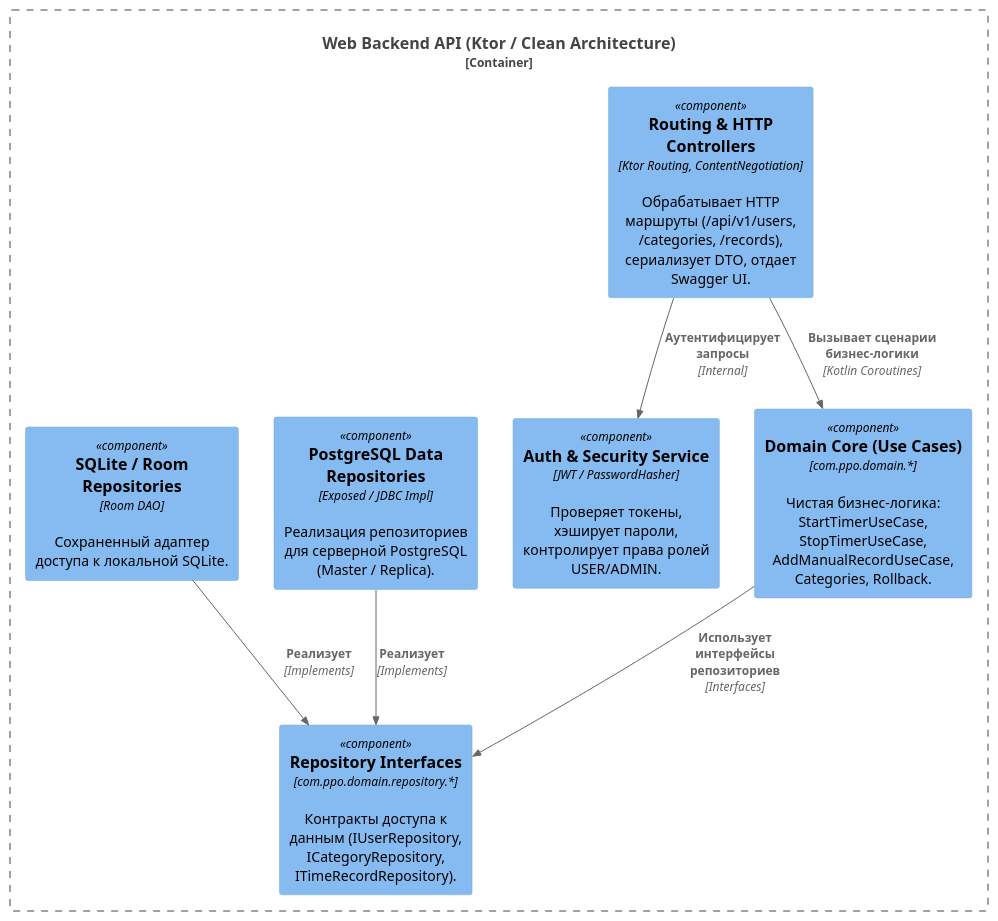
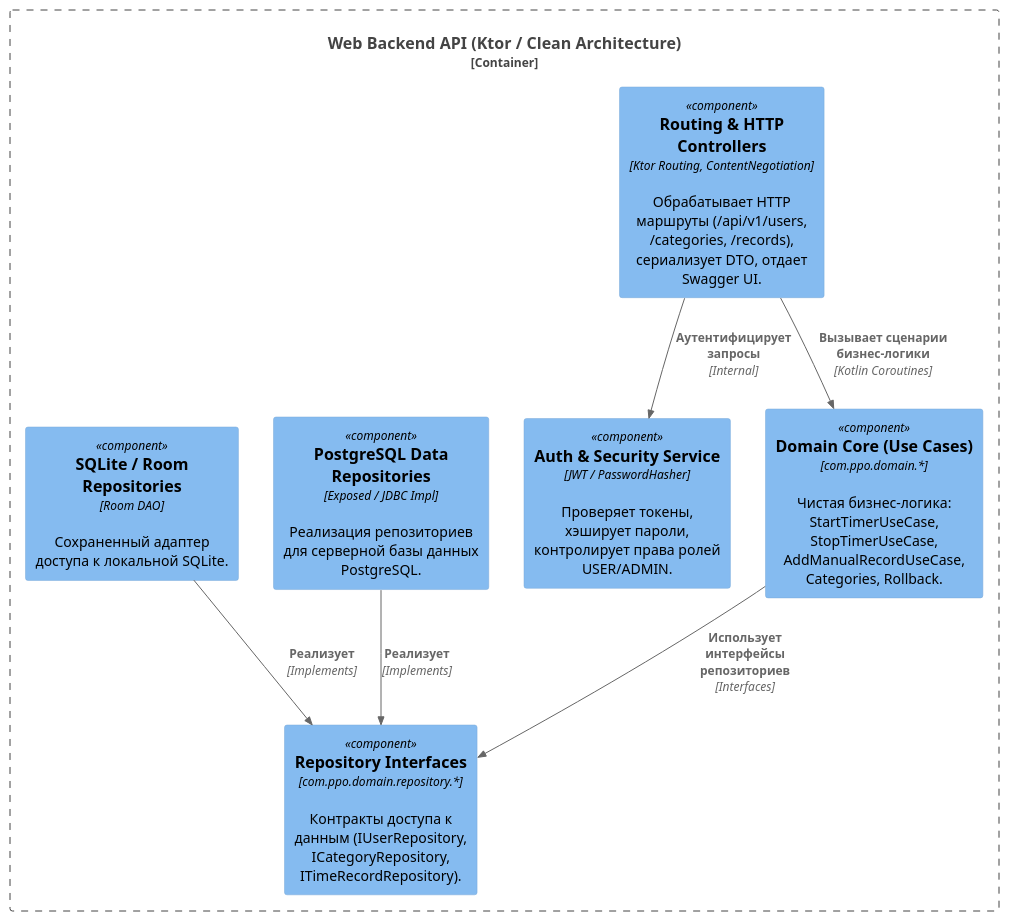
Before and after one commit to da-fuu/IU7_7sem_Web: the diagram in docs/L3_web.puml, drawn with PlantUML. The commit also changed 15 other files, not shown here.

```diff
--- a/docs/L3_web.puml
+++ b/docs/L3_web.puml
@@ -1,19 +1,19 @@
 @startuml
 !include <c4/C4_Component.puml>
 
 Container_Boundary(web_backend, "Web Backend API (Ktor / Clean Architecture)") {
     Component(routing, "Routing & HTTP Controllers", "Ktor Routing, ContentNegotiation", "Обрабатывает HTTP маршруты (/api/v1/users, /categories, /records), сериализует DTO, отдает Swagger UI.")
     Component(auth_security, "Auth & Security Service", "JWT / PasswordHasher", "Проверяет токены, хэширует пароли, контролирует права ролей USER/ADMIN.")
     Component(domain_core, "Domain Core (Use Cases)", "com.ppo.domain.*", "Чистая бизнес-логика: StartTimerUseCase, StopTimerUseCase, AddManualRecordUseCase, Categories, Rollback.")
     Component(repo_interfaces, "Repository Interfaces", "com.ppo.domain.repository.*", "Контракты доступа к данным (IUserRepository, ICategoryRepository, ITimeRecordRepository).")
-    Component(db_postgres, "PostgreSQL Data Repositories", "Exposed / JDBC Impl", "Реализация репозиториев для серверной PostgreSQL (Master / Replica).")
+    Component(db_postgres, "PostgreSQL Data Repositories", "Exposed / JDBC Impl", "Реализация репозиториев для серверной базы данных PostgreSQL.")
     Component(db_room, "SQLite / Room Repositories", "Room DAO", "Сохраненный адаптер доступа к локальной SQLite.")
 }
 
 Rel(routing, auth_security, "Аутентифицирует запросы", "Internal")
 Rel(routing, domain_core, "Вызывает сценарии бизнес-логики", "Kotlin Coroutines")
 Rel(domain_core, repo_interfaces, "Использует интерфейсы репозиториев", "Interfaces")
 Rel(db_postgres, repo_interfaces, "Реализует", "Implements")
 Rel(db_room, repo_interfaces, "Реализует", "Implements")
 
 @enduml
```
